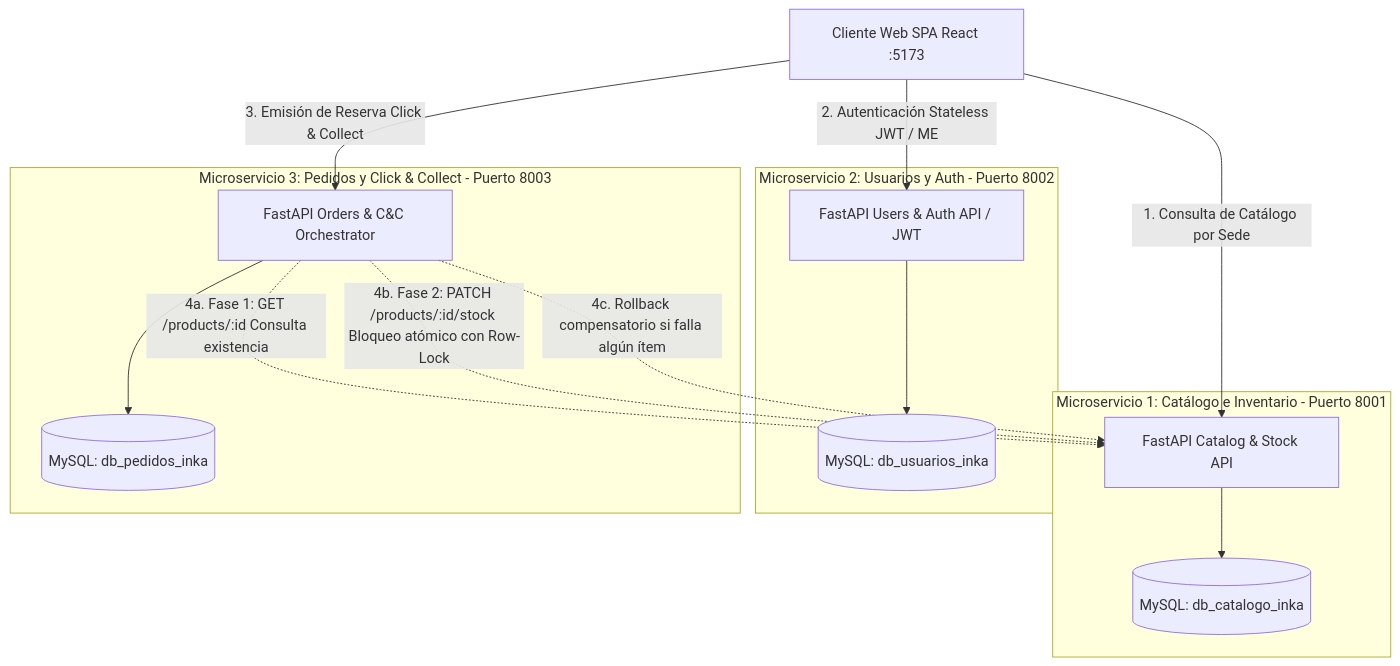
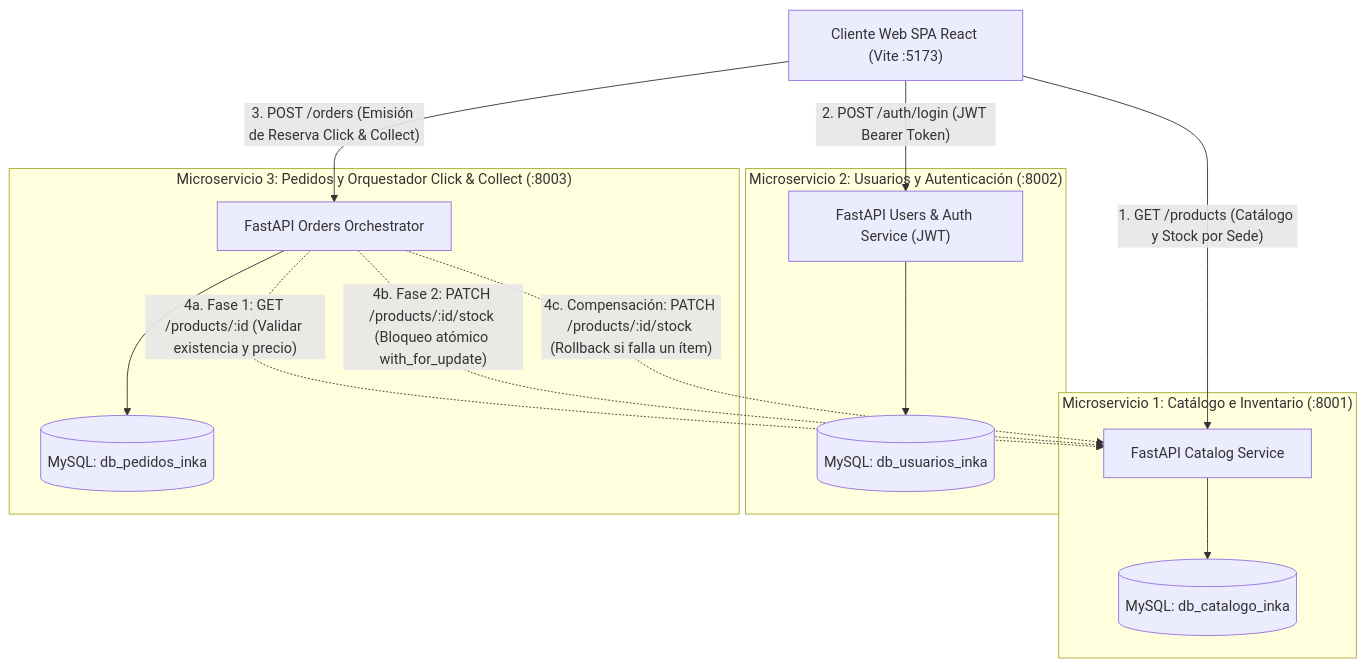
One commit to dannyolivera/app_microservicios changed the diagram in README.md. Above: the diagram before and after it, drawn with Mermaid. The commit also changed other lines of this file, not shown here.

Commit message:
docs: update README with detailed microservice specifications and architecture diagrams

````diff
--- a/README.md
+++ b/README.md
@@ -13,30 +18,32 @@
 ```mermaid
 graph TD
-    Client[Cliente Web SPA React :5173]
+    Client["Cliente Web SPA React (Vite :5173)"]
 
-    subgraph Service1[Microservicio 1: Catálogo e Inventario - Puerto 8001]
-        CatApp[FastAPI Catalog & Stock API]
-        DBCat[(MySQL: db_catalogo_inka)]
+    subgraph Service1["Microservicio 1: Catálogo e Inventario (:8001)"]
+        CatApp["FastAPI Catalog Service"]
+        DBCat[("MySQL: db_catalogo_inka")]
         CatApp --> DBCat
     end
 
-    subgraph Service2[Microservicio 2: Usuarios y Auth - Puerto 8002]
-        UserApp[FastAPI Users & Auth API / JWT]
-        DBUser[(MySQL: db_usuarios_inka)]
+    subgraph Service2["Microservicio 2: Usuarios y Autenticación (:8002)"]
+        UserApp["FastAPI Users & Auth Service (JWT)"]
+        DBUser[("MySQL: db_usuarios_inka")]
         UserApp --> DBUser
     end
 
-    subgraph Service3[Microservicio 3: Pedidos y Click & Collect - Puerto 8003]
-        OrderApp[FastAPI Orders & C&C Orchestrator]
-        DBOrder[(MySQL: db_pedidos_inka)]
+    subgraph Service3["Microservicio 3: Pedidos y Orquestador Click & Collect (:8003)"]
+        OrderApp["FastAPI Orders Orchestrator"]
+        DBOrder[("MySQL: db_pedidos_inka")]
         OrderApp --> DBOrder
     end
 
-    Client -->|1. Consulta de Catálogo por Sede| CatApp
-    Client -->|2. Autenticación Stateless JWT / ME| UserApp
-    Client -->|3. Emisión de Reserva Click & Collect| OrderApp
+    %% Flujos de interacción del cliente
+    Client -->|"1. GET /products (Catálogo y Stock por Sede)"| CatApp
+    Client -->|"2. POST /auth/login (JWT Bearer Token)"| UserApp
+    Client -->|"3. POST /orders (Emisión de Reserva Click & Collect)"| OrderApp
 
-    OrderApp -.->|4a. Fase 1: GET /products/:id Consulta existencia| CatApp
-    OrderApp -.->|4b. Fase 2: PATCH /products/:id/stock Bloqueo atómico con Row-Lock| CatApp
-    OrderApp -.->|4c. Rollback compensatorio si falla algún ítem| CatApp
+    %% Comunicación inter-servicio síncrona
+    OrderApp -.->|"4a. Fase 1: GET /products/:id (Validar existencia y precio)"| CatApp
+    OrderApp -.->|"4b. Fase 2: PATCH /products/:id/stock (Bloqueo atómico with_for_update)"| CatApp
+    OrderApp -.->|"4c. Compensación: PATCH /products/:id/stock (Rollback si falla un ítem)"| CatApp
 ```
````
